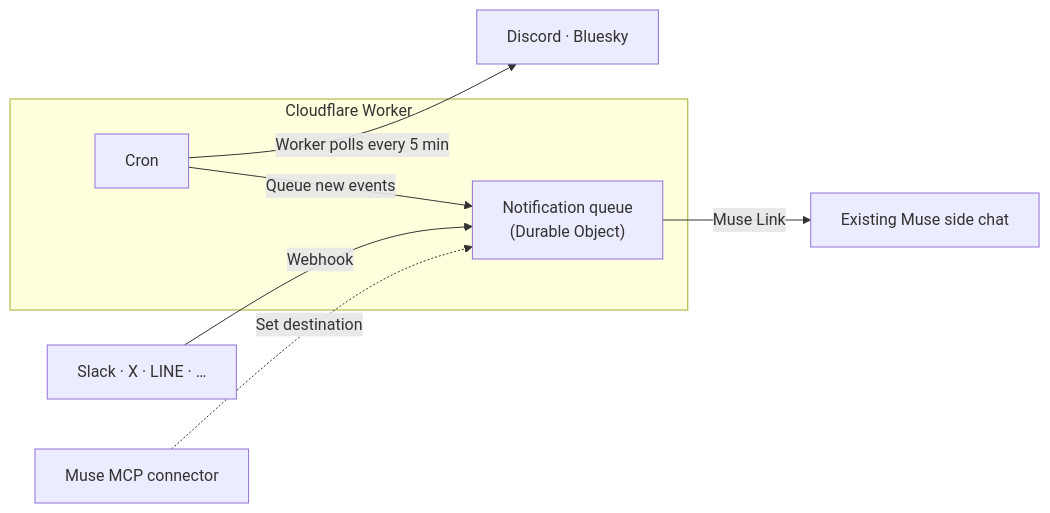
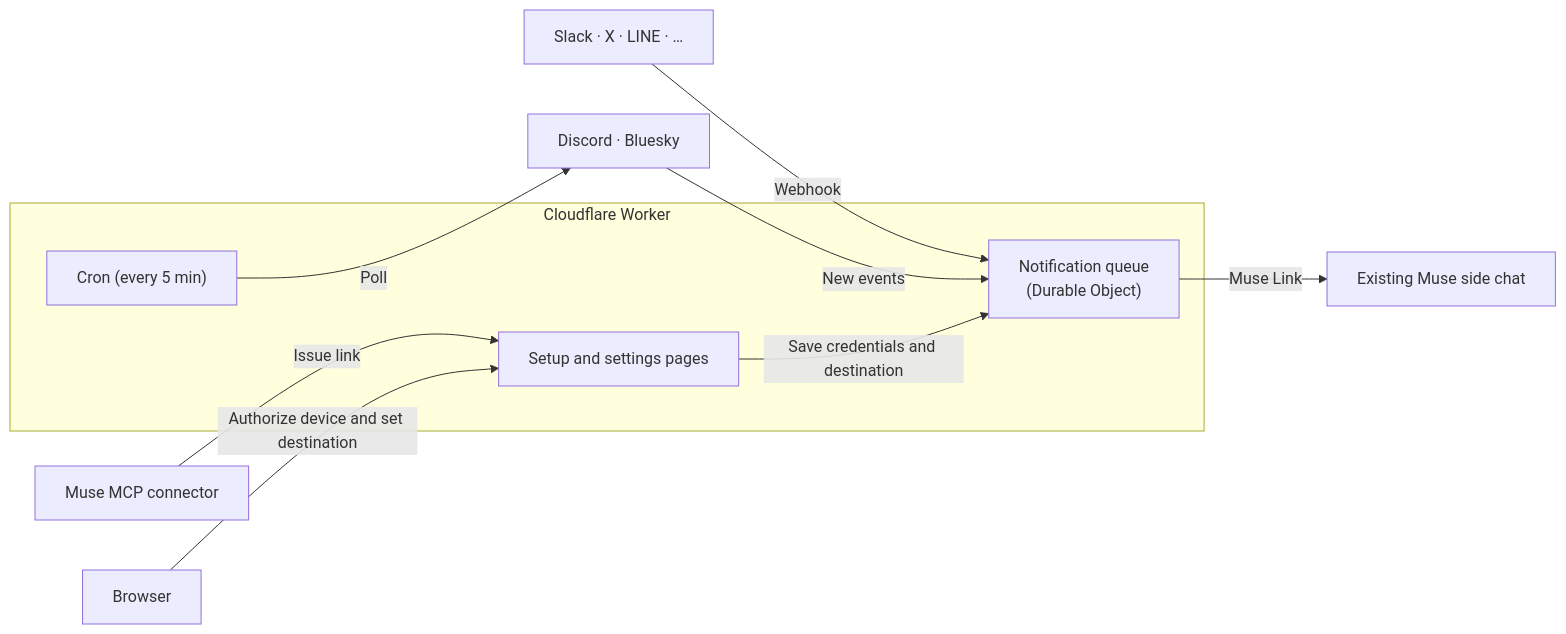
One commit to Code-Hex/MuseKnock changed the diagram in README.md. Above: the diagram before and after it, drawn with Mermaid. The commit also changed 2 other files, not shown here.

Commit message:
Correct setup and polling flow diagrams

````diff
--- a/README.md
+++ b/README.md
@@ -16,10 +16,15 @@
 ```mermaid
 flowchart LR
     hooks["Slack · X · LINE · …"] -->|Webhook| inbox
+    feeds["Discord · Bluesky"] -->|New events| inbox
     subgraph worker["Cloudflare Worker"]
-        cron["Cron"] -->|"Queue new events"| inbox["Notification queue<br/>(Durable Object)"]
+        cron["Cron (every 5 min)"]
+        setup["Setup and settings pages"]
+        inbox["Notification queue<br/>(Durable Object)"]
     end
-    cron -->|"Worker polls every 5 min"| feeds["Discord · Bluesky"]
-    admin["Muse MCP connector"] -.->|"Set destination"| inbox
+    cron -->|Poll| feeds
+    admin["Muse MCP connector"] -->|Issue link| setup
+    browser["Browser"] -->|Authorize device and set destination| setup
+    setup -->|Save credentials and destination| inbox
     inbox -->|"Muse Link"| chat["Existing Muse side chat"]
 ```
````
